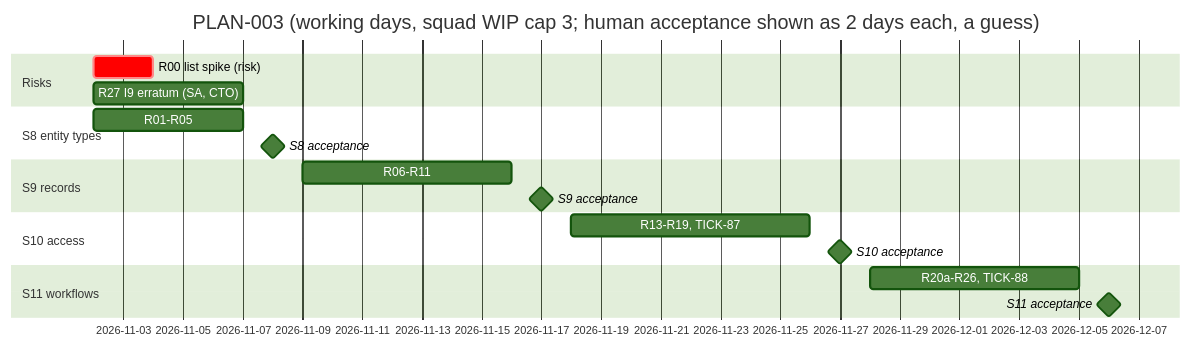
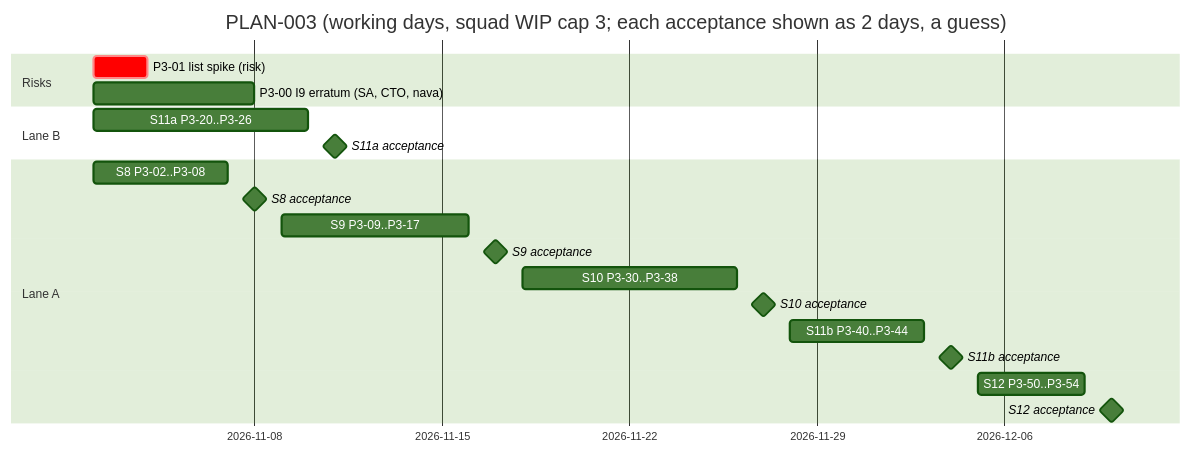
The second of 2 diagrams in docs/delivery/plan-records-path.md (Navaladi2019/TicketingSystem), drawn with Mermaid (forest theme) before and after one commit. The commit also changed other lines of this file and 3 other files, not shown here.

Commit message:
TICK-332: align PLAN-003 with the issue tree; fix four task-text defects

````diff
--- a/docs/delivery/plan-records-path.md
+++ b/docs/delivery/plan-records-path.md
@@ -242,20 +233,22 @@
 ```mermaid
 gantt
   dateFormat YYYY-MM-DD
-  title PLAN-003 (working days, squad WIP cap 3; human acceptance shown as 2 days each, a guess)
+  title PLAN-003 (working days, squad WIP cap 3; each acceptance shown as 2 days, a guess)
   section Risks
-  R00 list spike (risk)             :crit, z1, 2026-11-02, 2d
-  R27 I9 erratum (SA, CTO)          :z2, 2026-11-02, 5d
-  section S8 entity types
-  R01-R05                           :a1, 2026-11-02, 5d
-  S8 acceptance                     :milestone, a2, after a1, 2d
-  section S9 records
-  R06-R11                           :b1, after a2, 7d
-  S9 acceptance                     :milestone, b2, after b1, 2d
-  section S10 access
-  R13-R19, TICK-87                  :c1, after b2, 8d
-  S10 acceptance                    :milestone, c2, after c1, 2d
-  section S11 workflows
-  R20a-R26, TICK-88                 :d1, after c2, 7d
-  S11 acceptance                    :milestone, d2, after d1, 2d
+  P3-01 list spike (risk)          :crit, z1, 2026-11-02, 2d
+  P3-00 I9 erratum (SA, CTO, nava) :z2, 2026-11-02, 6d
+  section Lane B
+  S11a P3-20..P3-26                :b1, 2026-11-02, 8d
+  S11a acceptance                  :milestone, b2, after b1, 2d
+  section Lane A
+  S8 P3-02..P3-08                  :a1, 2026-11-02, 5d
+  S8 acceptance                    :milestone, a2, after a1, 2d
+  S9 P3-09..P3-17                  :a3, after a2, 7d
+  S9 acceptance                    :milestone, a4, after a3, 2d
+  S10 P3-30..P3-38                 :a5, after a4, 8d
+  S10 acceptance                   :milestone, a6, after a5, 2d
+  S11b P3-40..P3-44                :a7, after a6, 5d
+  S11b acceptance                  :milestone, a8, after a7, 2d
+  S12 P3-50..P3-54                 :a9, after a8, 4d
+  S12 acceptance                   :milestone, a10, after a9, 2d
 ```
````
